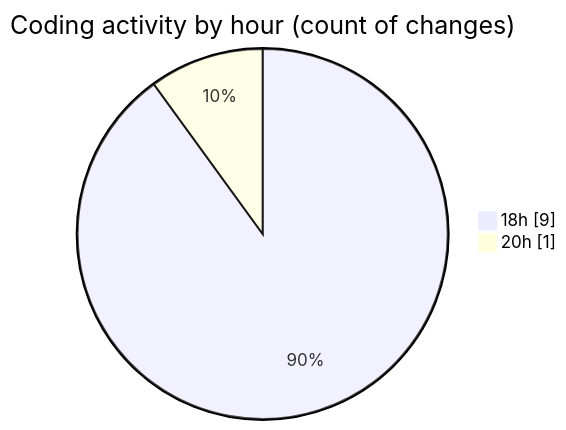
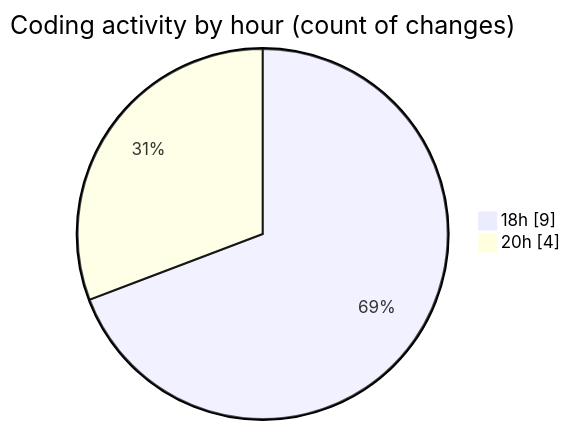
The second of 2 diagrams in 2025-06-22/1bhk_life/README.md (JenPaints/code-tracking), drawn with Mermaid before and after one commit. The commit also changed other lines of this file and 1 other file, not shown here.

````diff
--- a/2025-06-22/1bhk_life/README.md
+++ b/2025-06-22/1bhk_life/README.md
@@ -32,6 +32,6 @@
 ```mermaid
 pie showData
 title Coding activity by hour (count of changes)
 "18h" : 9
-"20h" : 1
+"20h" : 4
 ```
````
